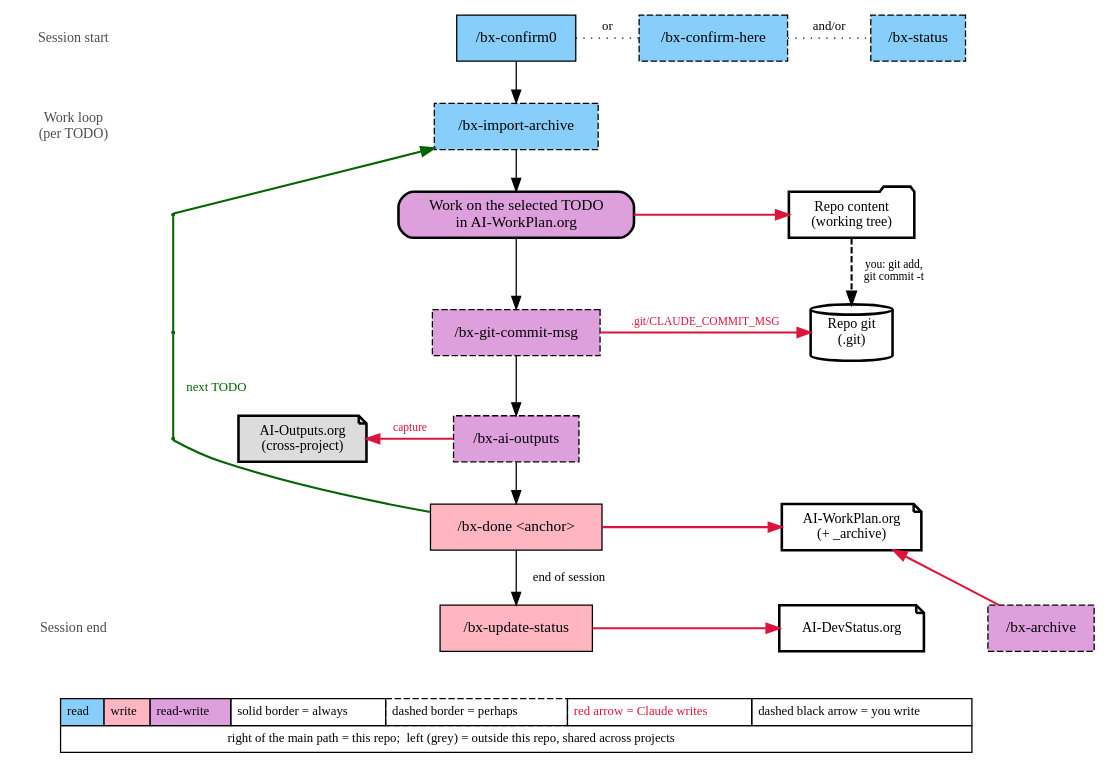
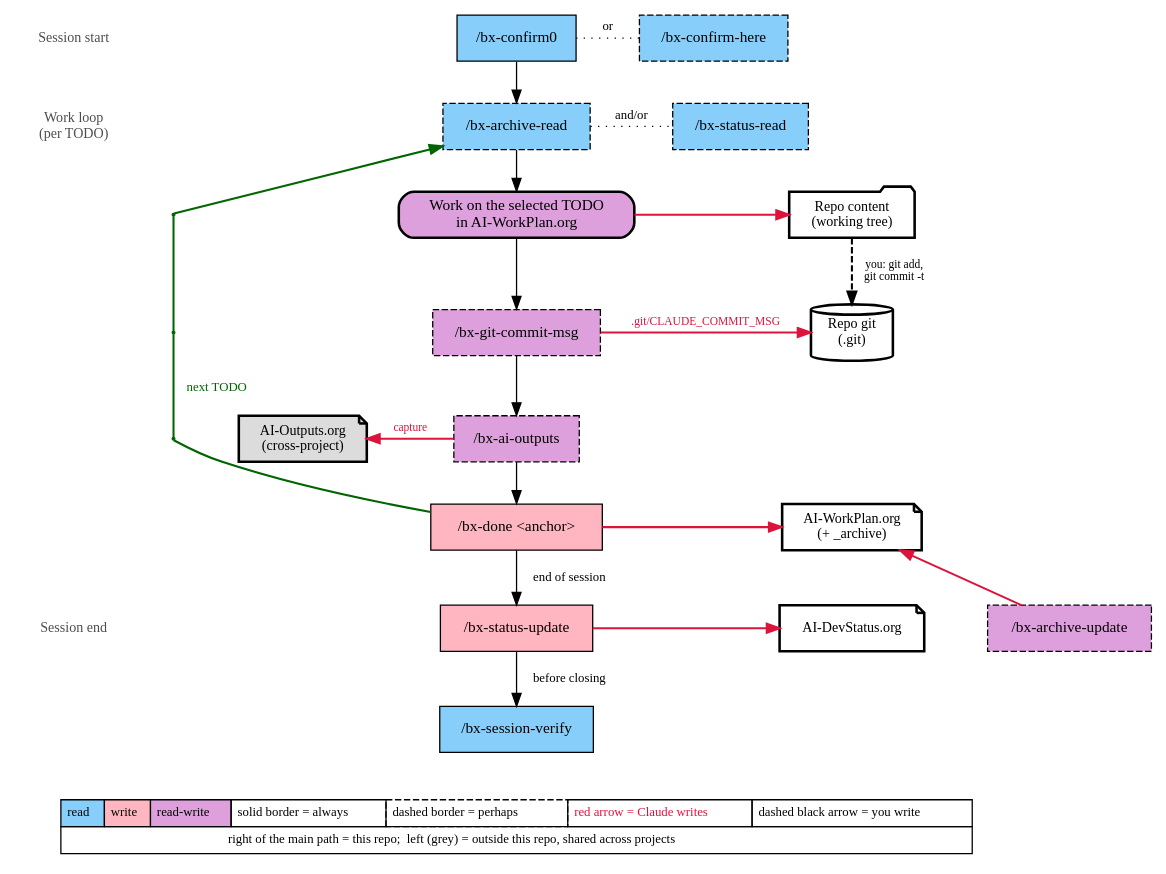
The diagram in ai-templates/_nonTemplate_/images/aiUsageWorkflow.gv (bisos/defaults), drawn with Graphviz before and after one commit. The commit also changed 32 other files, not shown here.

First line of the commit message:
All slash commands now follow subject-then-verb: bx-status-read / bx-status-update and bx-archive-read / bx-archive-update replace bx-status, bx-update-status, bx-import-archive and bx-archive, and the new bx-session-verify checks before closing that a session's records and commits are complete.

```diff
--- a/ai-templates/_nonTemplate_/images/aiUsageWorkflow.gv
+++ b/ai-templates/_nonTemplate_/images/aiUsageWorkflow.gv
@@ -1,101 +1,109 @@
 digraph {
 	nodesep=0.35 rankdir=TB ranksep=0.45
 	node [fontsize=12]
 	lyr_start [label="Session start" fontcolor=gray30 fontsize=11 shape=plaintext]
 	lyr_loop1 [label="Work loop
 (per TODO)" fontcolor=gray30 fontsize=11 shape=plaintext]
 	lyr_loop2 [label="" fontcolor=gray30 fontsize=11 shape=plaintext]
 	lyr_loop3 [label="" fontcolor=gray30 fontsize=11 shape=plaintext]
 	lyr_loop4 [label="" fontcolor=gray30 fontsize=11 shape=plaintext]
 	lyr_loop5 [label="" fontcolor=gray30 fontsize=11 shape=plaintext]
 	lyr_end [label="Session end" fontcolor=gray30 fontsize=11 shape=plaintext]
+	lyr_close [label="" fontcolor=gray30 fontsize=11 shape=plaintext]
 	lyr_start -> lyr_loop1 [style=invis]
 	lyr_loop1 -> lyr_loop2 [style=invis]
 	lyr_loop2 -> lyr_loop3 [style=invis]
 	lyr_loop3 -> lyr_loop4 [style=invis]
 	lyr_loop4 -> lyr_loop5 [style=invis]
 	lyr_loop5 -> lyr_end [style=invis]
+	lyr_end -> lyr_close [style=invis]
 	{
 		rank=same
 		lyr_start
 		confirm0 [label="/bx-confirm0" fillcolor=lightskyblue group=spine shape=rectangle style=filled]
 		confirmHere [label="/bx-confirm-here" fillcolor=lightskyblue shape=rectangle style="filled,dashed"]
-		status [label="/bx-status" fillcolor=lightskyblue shape=rectangle style="filled,dashed"]
 	}
 	{
 		rank=same
 		lyr_loop1
-		importArchive [label="/bx-import-archive" fillcolor=lightskyblue group=spine shape=rectangle style="filled,dashed"]
+		importArchive [label="/bx-archive-read" fillcolor=lightskyblue group=spine shape=rectangle style="filled,dashed"]
+		statusRead [label="/bx-status-read" fillcolor=lightskyblue shape=rectangle style="filled,dashed"]
 	}
 	{
 		rank=same
 		lyr_loop2
 		loopVia2 [label="" color=darkgreen group=loop shape=point width=0.03]
 		work [label="Work on the selected TODO
 in AI-WorkPlan.org" fillcolor=plum group=spine shape=rectangle style="filled,rounded,bold"]
 		subjContent [label="Repo content
 (working tree)" fillcolor=white fontsize=11 group=subjects shape=folder style="filled,bold"]
 	}
 	{
 		rank=same
 		lyr_loop3
 		loopVia3 [label="" color=darkgreen group=loop shape=point width=0.03]
 		commitMsg [label="/bx-git-commit-msg" fillcolor=plum group=spine shape=rectangle style="filled,dashed"]
 		subjGit [label="Repo git
 (.git)" fillcolor=white fontsize=11 group=subjects shape=cylinder style="filled,bold"]
 	}
 	{
 		rank=same
 		lyr_loop4
 		loopVia4 [label="" color=darkgreen group=loop shape=point width=0.03]
 		subjOutputs [label="AI-Outputs.org
 (cross-project)" fillcolor=gainsboro fontsize=11 shape=note style="filled,bold"]
 		aiOutputs [label="/bx-ai-outputs" fillcolor=plum group=spine shape=rectangle style="filled,dashed"]
 	}
 	{
 		rank=same
 		lyr_loop5
 		done [label="/bx-done <anchor>" fillcolor=lightpink group=spine shape=rectangle style=filled]
 		subjWorkPlan [label="AI-WorkPlan.org
 (+ _archive)" fillcolor=white fontsize=11 group=subjects shape=note style="filled,bold"]
 	}
 	{
 		rank=same
 		lyr_end
-		updateStatus [label="/bx-update-status" fillcolor=lightpink group=spine shape=rectangle style=filled]
-		archive [label="/bx-archive" fillcolor=plum shape=rectangle style="filled,dashed"]
+		updateStatus [label="/bx-status-update" fillcolor=lightpink group=spine shape=rectangle style=filled]
+		archive [label="/bx-archive-update" fillcolor=plum shape=rectangle style="filled,dashed"]
 		subjDevStatus [label="AI-DevStatus.org" fillcolor=white fontsize=11 group=subjects shape=note style="filled,bold"]
+	}
+	{
+		rank=same
+		lyr_close
+		sessionVerify [label="/bx-session-verify" fillcolor=lightskyblue group=spine shape=rectangle style=filled]
 	}
 	subjContent -> subjGit [label=" you: git add, 
  git commit -t " arrowhead=normal color=black fontsize=9 penwidth=1.6 style=dashed]
 	subjGit -> subjWorkPlan [style=invis]
 	subjWorkPlan -> subjDevStatus [style=invis]
 	work -> subjContent [arrowhead=normal color=crimson penwidth=1.6]
 	commitMsg -> subjGit [label=" .git/CLAUDE_COMMIT_MSG " arrowhead=normal color=crimson fontcolor=crimson fontsize=9 penwidth=1.6]
 	lyr_loop2 -> loopVia2 [style=invis]
 	loopVia2 -> work [style=invis]
 	lyr_loop3 -> loopVia3 [style=invis]
 	loopVia3 -> commitMsg [style=invis]
 	lyr_loop4 -> loopVia4 [style=invis]
 	loopVia4 -> subjOutputs [style=invis]
 	subjOutputs -> aiOutputs [style=invis]
 	subjDevStatus -> archive [style=invis]
 	aiOutputs -> subjOutputs [label=" capture " arrowhead=normal color=crimson constraint=false fontcolor=crimson fontsize=9 penwidth=1.6]
 	done -> subjWorkPlan [arrowhead=normal color=crimson penwidth=1.6]
 	archive -> subjWorkPlan [arrowhead=normal color=crimson constraint=false penwidth=1.6]
 	updateStatus -> subjDevStatus [arrowhead=normal color=crimson penwidth=1.6]
 	confirm0 -> importArchive
 	importArchive -> work
 	work -> commitMsg
 	commitMsg -> aiOutputs
 	aiOutputs -> done
 	done -> updateStatus [label="  end of session  " fontsize=10]
+	updateStatus -> sessionVerify [label="  before closing  " fontsize=10]
 	importArchive -> loopVia2 [color=darkgreen dir=back penwidth=1.6]
 	loopVia2 -> loopVia3 [color=darkgreen dir=none penwidth=1.6]
 	loopVia3 -> loopVia4 [label="  next TODO  " color=darkgreen dir=none fontcolor=darkgreen fontsize=10 penwidth=1.6]
 	loopVia4 -> done [color=darkgreen dir=none penwidth=1.6]
 	confirm0 -> confirmHere [label=" or " arrowhead=none fontsize=10 style=dotted]
-	confirmHere -> status [label=" and/or " arrowhead=none fontsize=10 style=dotted]
+	importArchive -> statusRead [label=" and/or " arrowhead=none fontsize=10 style=dotted]
 	legend [label=<<TABLE BORDER="0" CELLBORDER="1" CELLSPACING="0" CELLPADDING="4"><TR><TD BGCOLOR="lightskyblue">read</TD><TD BGCOLOR="lightpink">write</TD><TD BGCOLOR="plum">read-write</TD><TD>solid border = always</TD><TD STYLE="dashed">dashed border = perhaps</TD><TD><FONT COLOR="crimson">red arrow = Claude writes</FONT></TD><TD>dashed black arrow = you write</TD></TR><TR><TD COLSPAN="7">right of the main path = this repo;  left (grey) = outside this repo, shared across projects</TD></TR></TABLE>> fontsize=10 shape=plaintext]
-	updateStatus -> legend [style=invis]
+	sessionVerify -> legend [style=invis]
 }
```
